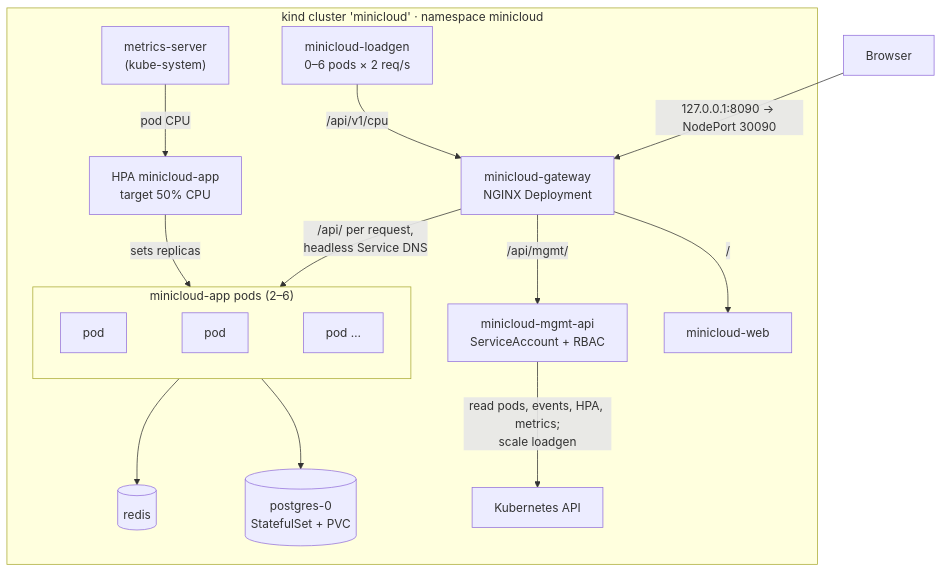
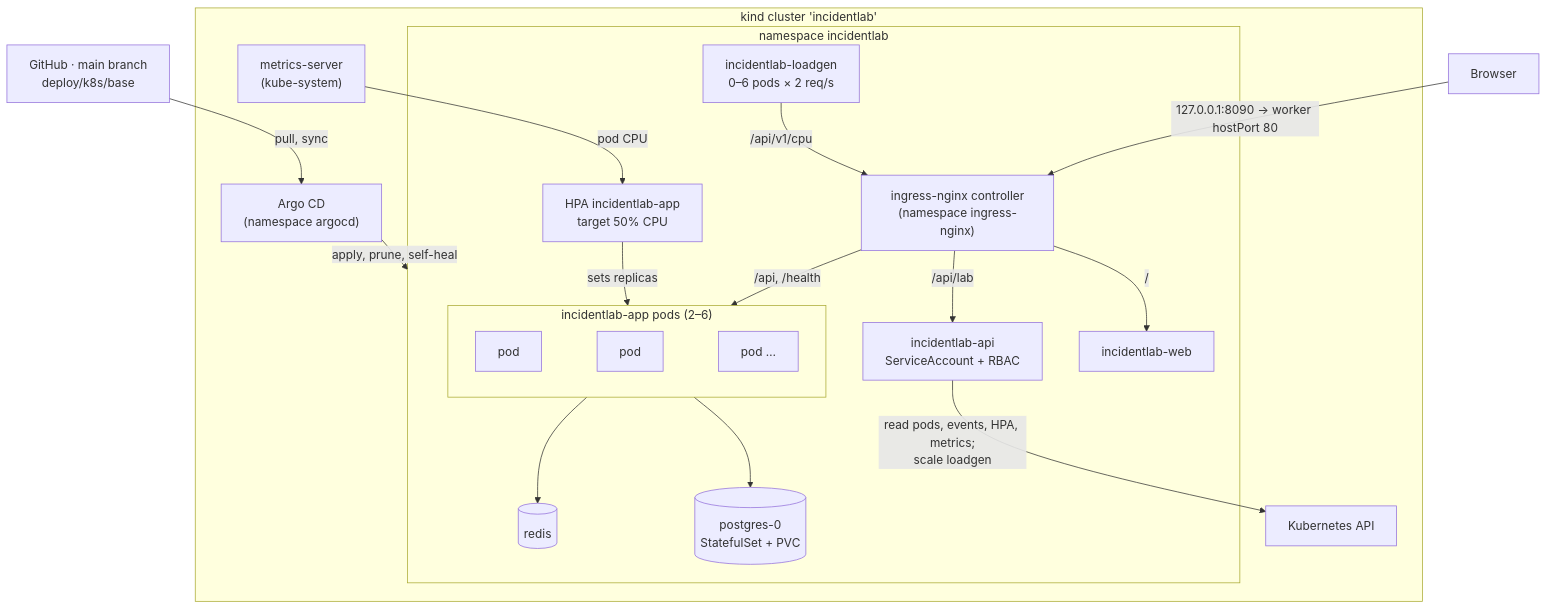
The third of 6 diagrams in docs/ARCHITECTURE.md (Sreerajraveendran/incidentlab), drawn with Mermaid before and after one commit. The commit also changed other lines of this file and 42 other files, not shown here.

````diff
--- a/docs/ARCHITECTURE.md
+++ b/docs/ARCHITECTURE.md
@@ -141,19 +148,23 @@
 ```mermaid
 flowchart TB
-  BR["Browser"] -->|"127.0.0.1:8090 → NodePort 30090"| GW
-  subgraph CL["kind cluster 'minicloud' · namespace minicloud"]
-    GW["minicloud-gateway<br/>NGINX Deployment"]
-    GW -->|"/api/ per request,<br/>headless Service DNS"| PODS
-    GW -->|"/api/mgmt/"| MG["minicloud-mgmt-api<br/>ServiceAccount + RBAC"]
-    GW -->|"/"| WEB["minicloud-web"]
-    subgraph PODS["minicloud-app pods (2–6)"]
-      P1["pod"] ~~~ P2["pod"] ~~~ PN["pod …"]
+  BR["Browser"] -->|"127.0.0.1:8090 → worker hostPort 80"| IC
+  GH["GitHub · main branch<br/>deploy/k8s/base"] -->|"pull, sync"| ARGO["Argo CD<br/>(namespace argocd)"]
+  subgraph CL["kind cluster 'incidentlab'"]
+    IC["ingress-nginx controller<br/>(namespace ingress-nginx)"]
+    subgraph NS["namespace incidentlab"]
+      IC -->|"/api, /health"| PODS
+      IC -->|"/api/lab"| MG["incidentlab-api<br/>ServiceAccount + RBAC"]
+      IC -->|"/"| WEB["incidentlab-web"]
+      subgraph PODS["incidentlab-app pods (2–6)"]
+        P1["pod"] ~~~ P2["pod"] ~~~ PN["pod …"]
+      end
+      HPA["HPA incidentlab-app<br/>target 50% CPU"] -->|"sets replicas"| PODS
+      LG["incidentlab-loadgen<br/>0–6 pods × 2 req/s"] -->|"/api/v1/cpu"| IC
+      PODS --> RD[("redis")]
+      PODS --> PG[("postgres-0<br/>StatefulSet + PVC")]
     end
-    HPA["HPA minicloud-app<br/>target 50% CPU"] -->|"sets replicas"| PODS
     MS["metrics-server<br/>(kube-system)"] -->|"pod CPU"| HPA
-    LG["minicloud-loadgen<br/>0–6 pods × 2 req/s"] -->|"/api/v1/cpu"| GW
-    PODS --> RD[("redis")]
-    PODS --> PG[("postgres-0<br/>StatefulSet + PVC")]
     MG -->|"read pods, events, HPA, metrics;<br/>scale loadgen"| KAPI["Kubernetes API"]
+    ARGO -->|"apply, prune, self-heal"| NS
   end
 ```
````
